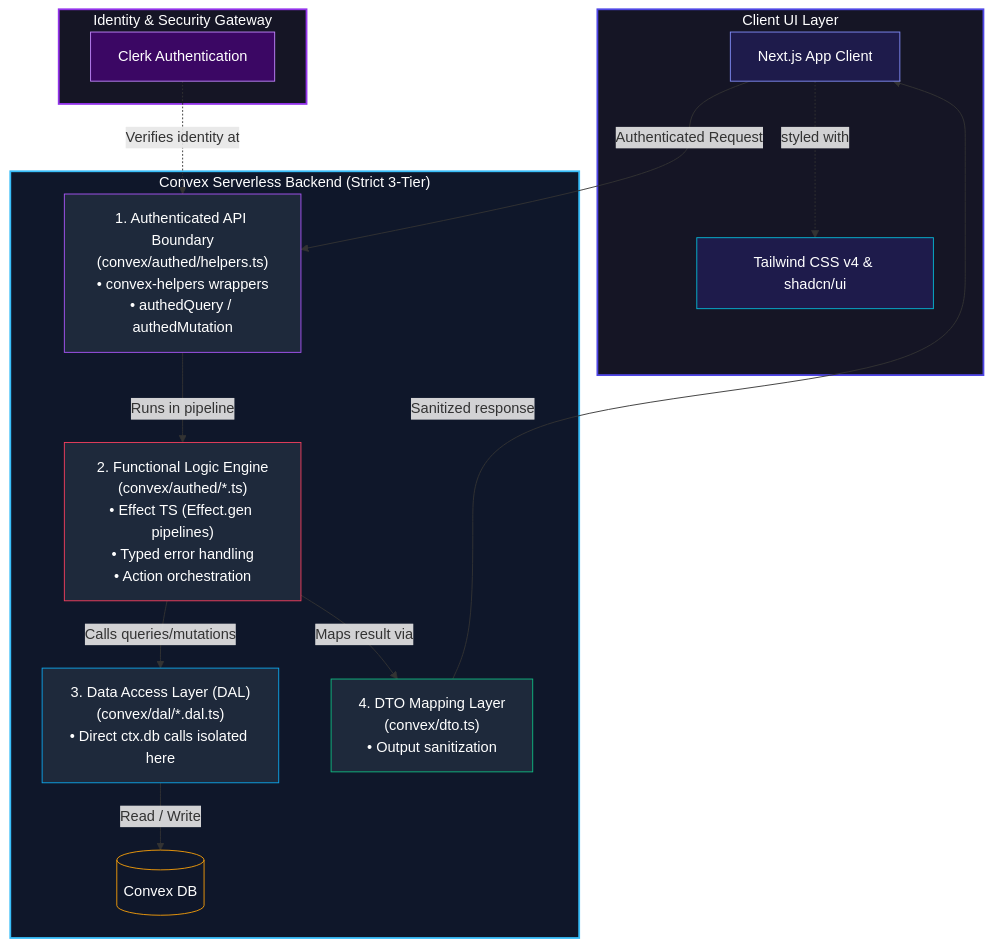
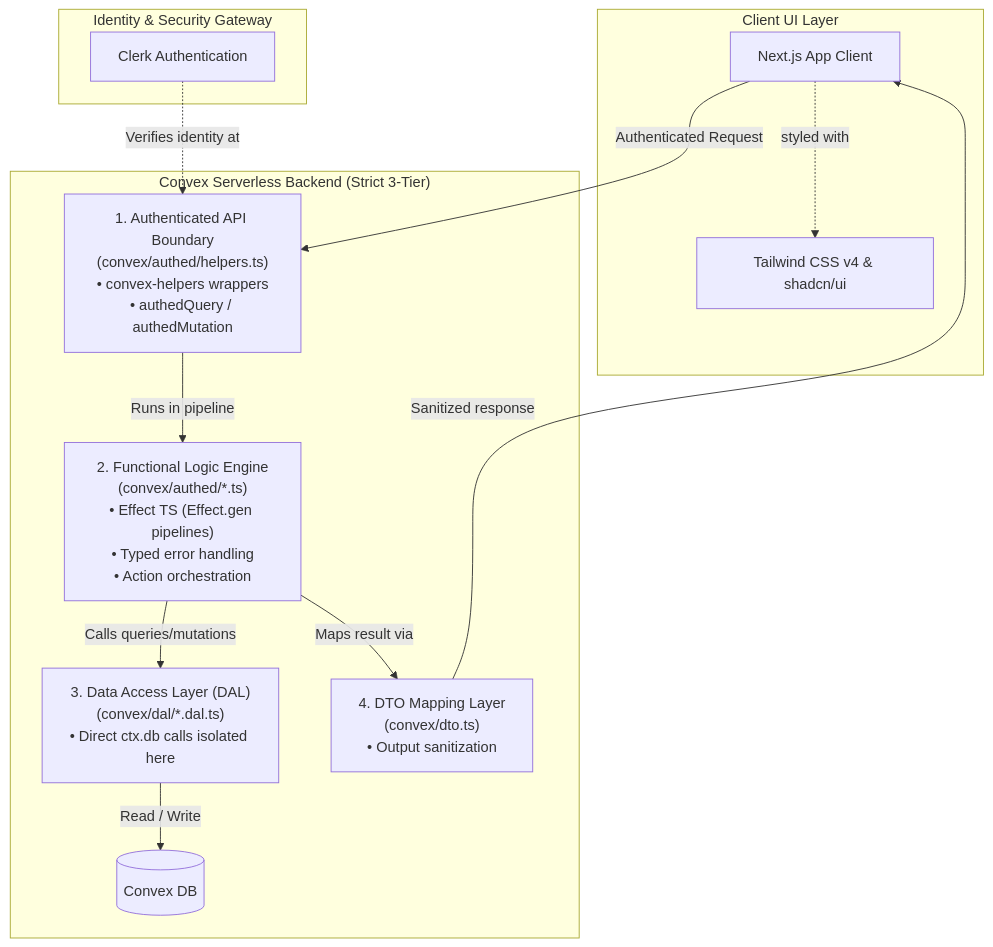
One commit to itsyasirkhandev/promptamist-rebuild changed the first of 2 diagrams in README.md. Above: the diagram before and after it, drawn with Mermaid. The commit also changed other lines of this file, not shown here.

Commit message:
fix the mermaid syntax

````diff
--- a/README.md
+++ b/README.md
@@ -36,45 +36,32 @@
 ```mermaid
 flowchart TD
     subgraph UI ["Client UI Layer"]
         Client["Next.js App Client"]
         Styling["Tailwind CSS v4 & shadcn/ui"]
-        Client -.->|styled with| Styling
+        Client -. styled with .-> Styling
     end
 
     subgraph Auth ["Identity & Security Gateway"]
         Clerk["Clerk Authentication"]
     end
 
     subgraph Backend ["Convex Serverless Backend (Strict 3-Tier)"]
-        API["1. Authenticated API Boundary\n(convex/authed/helpers.ts)\n• convex-helpers wrappers\n• authedQuery / authedMutation"]
+        API["1. Authenticated API Boundary<br>(convex/authed/helpers.ts)<br>• convex-helpers wrappers<br>• authedQuery / authedMutation"]
 
-        Logic["2. Functional Logic Engine\n(convex/authed/*.ts)\n• Effect TS (Effect.gen pipelines)\n• Typed error handling\n• Action orchestration"]
+        Logic["2. Functional Logic Engine<br>(convex/authed/*.ts)<br>• Effect TS (Effect.gen pipelines)<br>• Typed error handling<br>• Action orchestration"]
 
-        DAL["3. Data Access Layer (DAL)\n(convex/dal/*.dal.ts)\n• Direct ctx.db calls isolated here"]
+        DAL["3. Data Access Layer (DAL)<br>(convex/dal/*.dal.ts)<br>• Direct ctx.db calls isolated here"]
 
-        DTO["4. DTO Mapping Layer\n(convex/dto.ts)\n• Output sanitization"]
+        DTO["4. DTO Mapping Layer<br>(convex/dto.ts)<br>• Output sanitization"]
 
         DB[(Convex DB)]
     end
 
     Client -->|Authenticated Request| API
     Clerk -.->|Verifies identity at| API
     API -->|Runs in pipeline| Logic
     Logic -->|Calls queries/mutations| DAL
     DAL -->|Read / Write| DB
     Logic -->|Maps result via| DTO
     DTO -->|Sanitized response| Client
-
-    %% Custom styling for premium look
-    style UI fill:#151525,stroke:#4f46e5,stroke-width:2px,color:#fff
-    style Auth fill:#151525,stroke:#9333ea,stroke-width:2px,color:#fff
-    style Backend fill:#0f172a,stroke:#38bdf8,stroke-width:2px,color:#fff
-    style Client fill:#1e1b4b,stroke:#818cf8,color:#fff
-    style Styling fill:#1e1b4b,stroke:#06b6d4,color:#fff
-    style Clerk fill:#3b0764,stroke:#c084fc,color:#fff
-    style API fill:#1e293b,stroke:#a855f7,color:#fff
-    style Logic fill:#1e293b,stroke:#f43f5e,color:#fff
-    style DAL fill:#1e293b,stroke:#0ea5e9,color:#fff
-    style DTO fill:#1e293b,stroke:#10b981,color:#fff
-    style DB fill:#0f172a,stroke:#f59e0b,color:#fff
 ```
````
